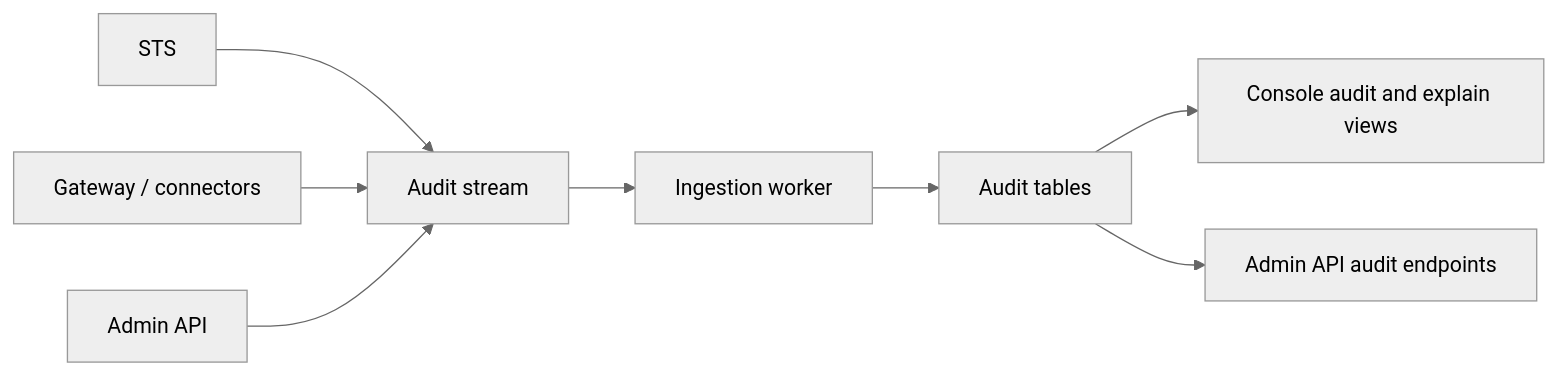
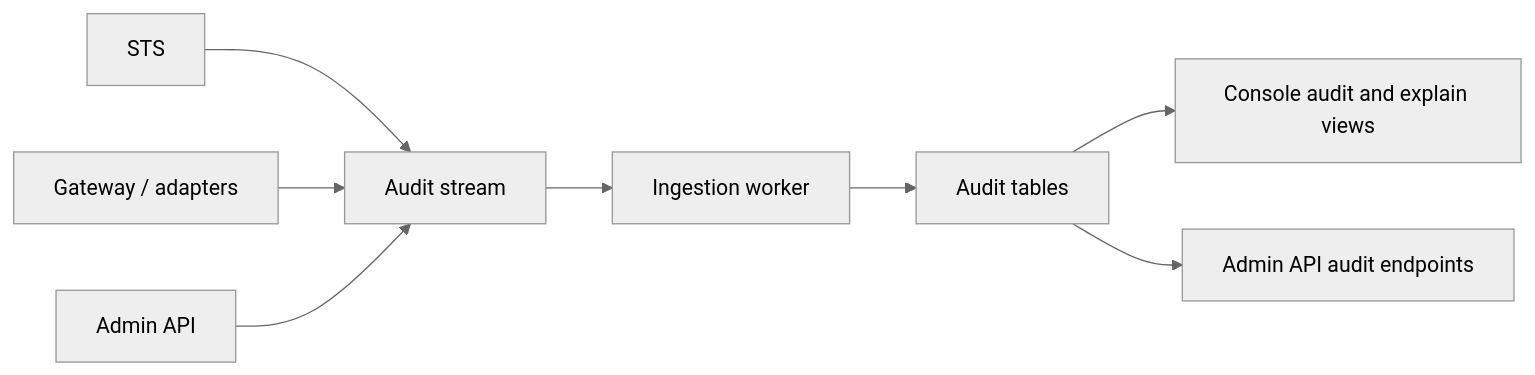
Before and after one commit to Garudex-Labs/caracal: the diagram in docs/src/content/docs/concepts/audit-ledger.mdx, drawn with Mermaid (neutral theme). The commit also changed other lines of this file and 7 other files, not shown here.

````diff
--- a/docs/src/content/docs/concepts/audit-ledger.mdx
+++ b/docs/src/content/docs/concepts/audit-ledger.mdx
@@ -23,10 +23,10 @@
 ```mermaid
 flowchart LR
   STS["STS"] --> Redis["Audit stream"]
-  Gateway["Gateway / connectors"] --> Redis
+  Gateway["Gateway / adapters"] --> Redis
   Admin["Admin API"] --> Redis
   Redis --> Worker["Ingestion worker"]
   Worker --> Postgres["Audit tables"]
   Postgres --> Console["Console audit and explain views"]
   Postgres --> API["Admin API audit endpoints"]
 ```
````
